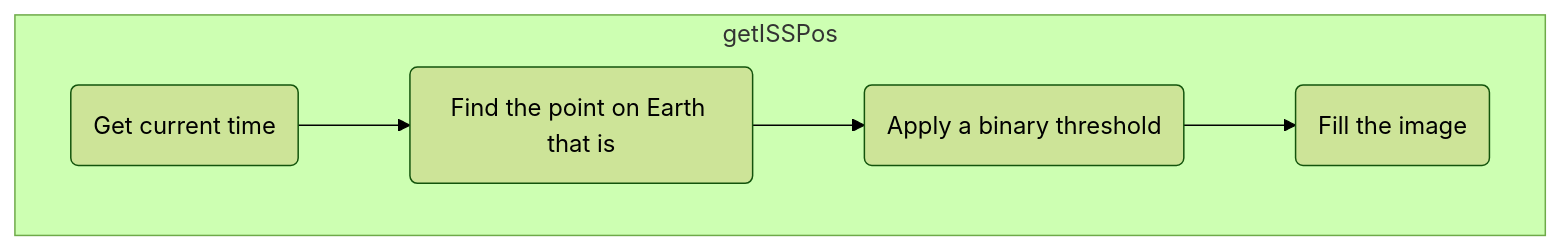
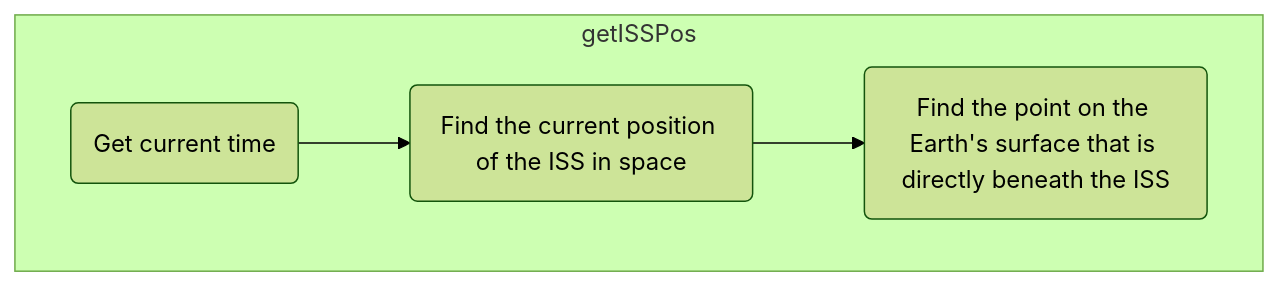
Before and after one commit to Parsec-2023/Parsec_AstroPi_2022-23: the tenth of 10 diagrams in README.md, drawn with Mermaid (forest theme). The commit also changed other lines of this file, not shown here.

````diff
--- a/README.md
+++ b/README.md
@@ -305,6 +307,6 @@
 ```mermaid
 flowchart  TD;
 subgraph getISSPos
-1(Get current time)-->2(Find the point on Earth that is )-->3(Apply a binary threshold)-->4(Fill the image)
+1(Get current time)-->2(Find the current position of the ISS in space)-->3(Find the point on the Earth's surface that is directly beneath the ISS)
 end
 ```
````
